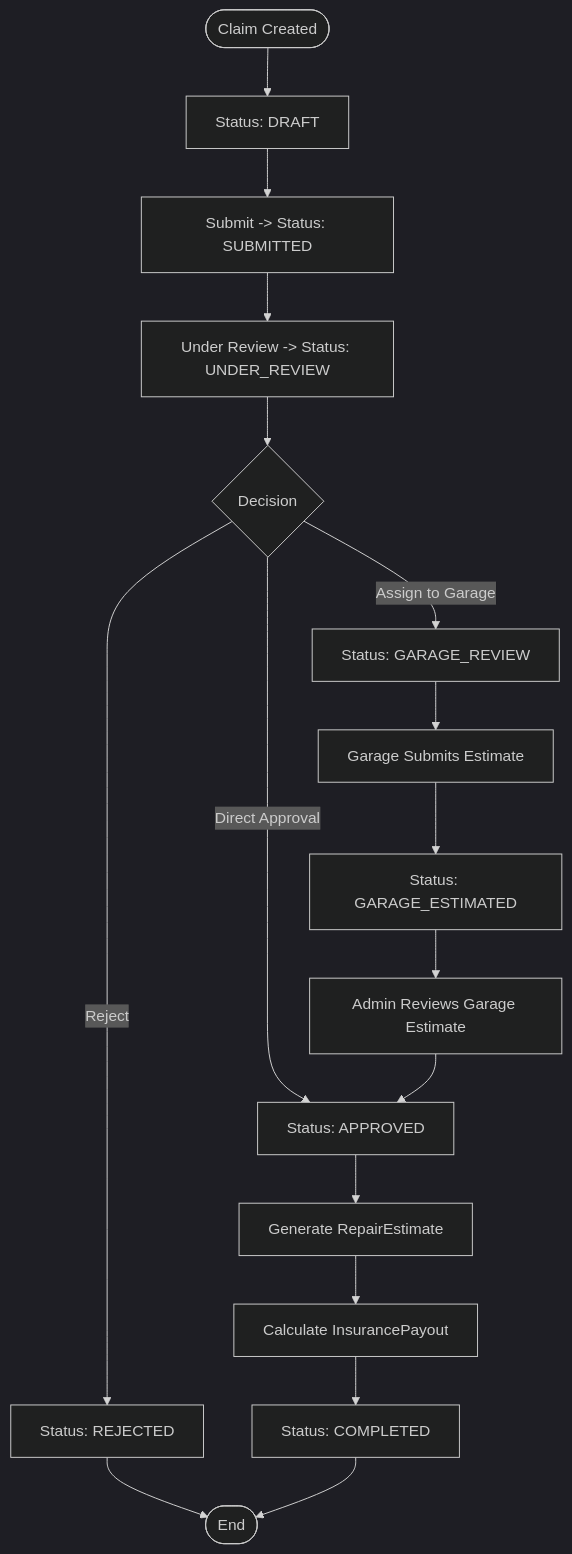
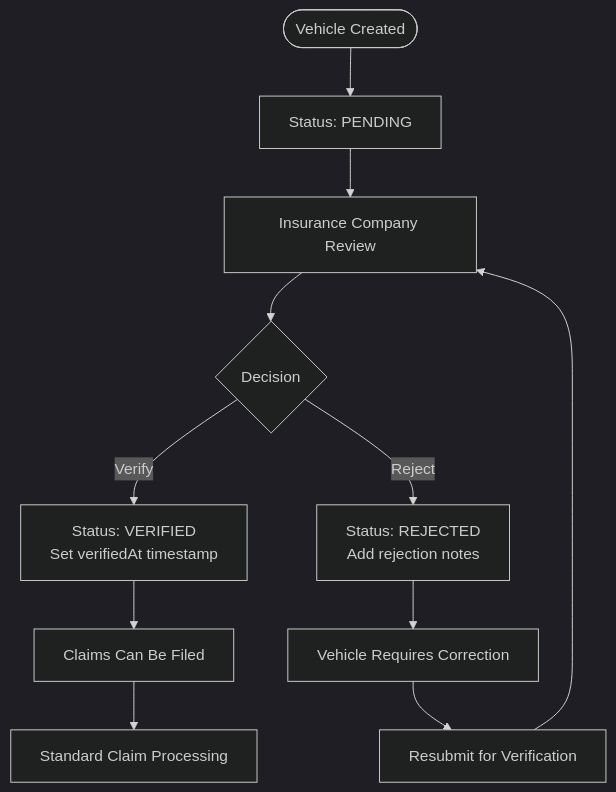
Before and after one commit to NaveenHiranya/Smart-Vehicle-Insurance-Claim-System: the fourth of 4 diagrams in .qoder/repowiki/en/content/Database Design.md, drawn with Mermaid (dark theme). The commit also changed other lines of this file and 21 other files, not shown here.

````diff
--- a/.qoder/repowiki/en/content/Database Design.md
+++ b/.qoder/repowiki/en/content/Database Design.md
@@ -650,19 +654,13 @@
 ```mermaid
 flowchart TD
-Start(["Claim Created"]) --> Draft["Status: DRAFT"]
-Draft --> Submitted["Submit -> Status: SUBMITTED"]
-Submitted --> Review["Under Review -> Status: UNDER_REVIEW"]
-Review --> Decision{"Decision"}
-Decision --> |Assign to Garage| GarageReview["Status: GARAGE_REVIEW"]
-Decision --> |Direct Approval| Approved["Status: APPROVED"]
-Decision --> |Reject| Rejected["Status: REJECTED"]
-GarageReview --> GarageEstimate["Garage Submits Estimate"]
-GarageEstimate --> GarageEstimated["Status: GARAGE_ESTIMATED"]
-GarageEstimated --> AdminReview["Admin Reviews Garage Estimate"]
-AdminReview --> Approved
-Approved --> FinalEstimate["Generate RepairEstimate"]
-FinalEstimate --> Payout["Calculate InsurancePayout"]
-Payout --> Completed["Status: COMPLETED"]
-Rejected --> End(["End"])
-Completed --> End
+Start(["Vehicle Created"]) --> Pending["Status: PENDING"]
+Pending --> AdminReview["Insurance Company Review"]
+AdminReview --> Decision{"Decision"}
+Decision --> |Verify| Verified["Status: VERIFIED<br/>Set verifiedAt timestamp"]
+Decision --> |Reject| Rejected["Status: REJECTED<br/>Add rejection notes"]
+Verified --> ClaimsAllowed["Claims Can Be Filed"]
+Rejected --> Correction["Vehicle Requires Correction"]
+Correction --> Resubmit["Resubmit for Verification"]
+Resubmit --> AdminReview
+ClaimsAllowed --> ClaimProcess["Standard Claim Processing"]
 ```
````
